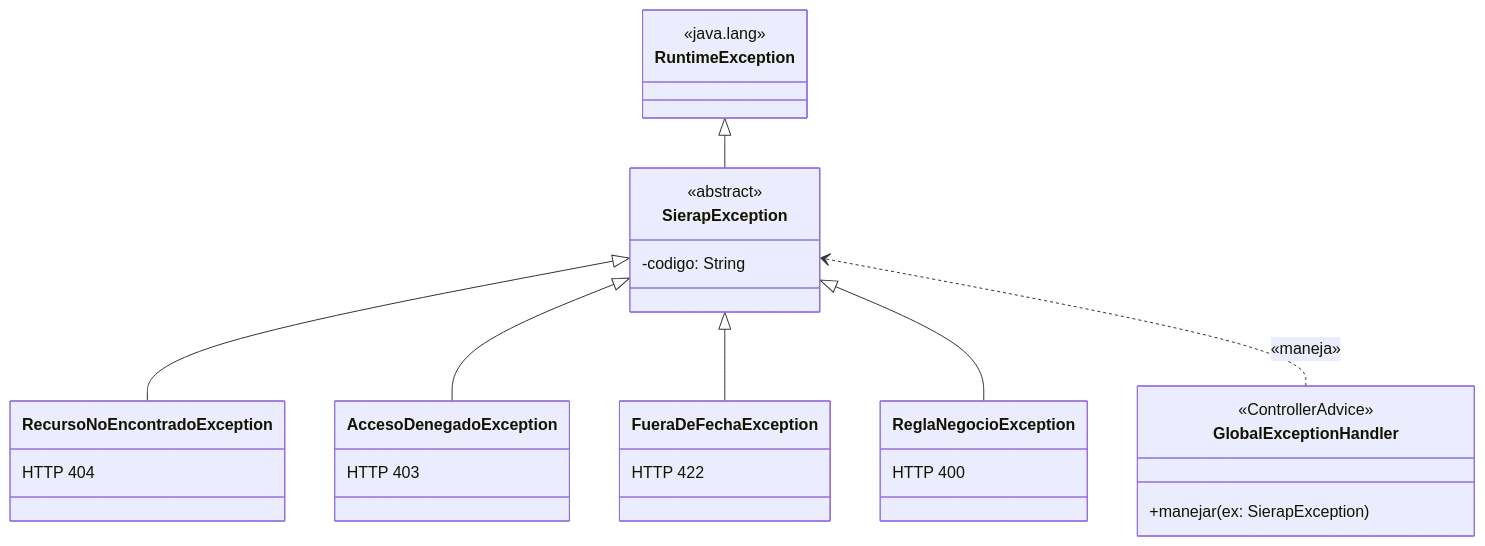
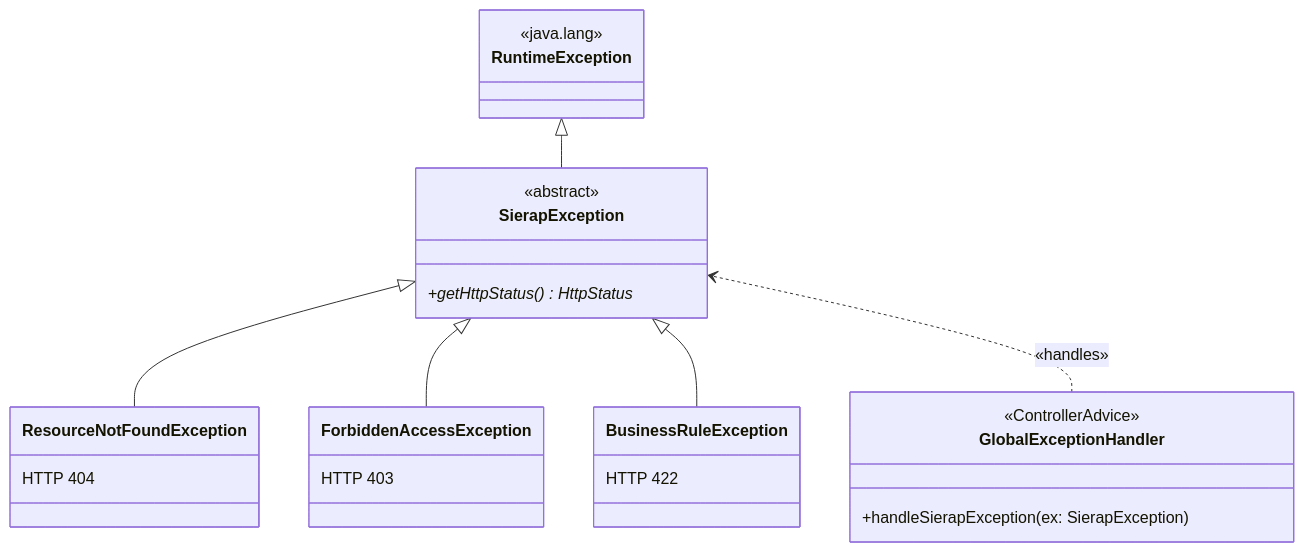
Before and after one commit to Oskarsito7/SIERAP: the third of 6 diagrams in docs/diagramas/diagrama_jerarquias.md, drawn with Mermaid. The commit also changed other lines of this file and 7 other files, not shown here.

````diff
--- a/docs/diagramas/diagrama_jerarquias.md
+++ b/docs/diagramas/diagrama_jerarquias.md
@@ -82,33 +84,29 @@
 ```mermaid
 classDiagram
 direction BT
 class RuntimeException {
   <<java.lang>>
 }
 class SierapException {
   <<abstract>>
-  -codigo: String
+  +getHttpStatus()* HttpStatus
 }
 class GlobalExceptionHandler {
   <<ControllerAdvice>>
-  +manejar(ex: SierapException)
+  +handleSierapException(ex: SierapException)
 }
-class RecursoNoEncontradoException {
+class ResourceNotFoundException {
   HTTP 404
 }
-class AccesoDenegadoException {
+class ForbiddenAccessException {
   HTTP 403
 }
-class FueraDeFechaException {
+class BusinessRuleException {
   HTTP 422
 }
-class ReglaNegocioException {
-  HTTP 400
-}
 SierapException --|> RuntimeException
-RecursoNoEncontradoException --|> SierapException
-AccesoDenegadoException --|> SierapException
-FueraDeFechaException --|> SierapException
-ReglaNegocioException --|> SierapException
-GlobalExceptionHandler ..> SierapException : «maneja»
+ResourceNotFoundException --|> SierapException
+ForbiddenAccessException --|> SierapException
+BusinessRuleException --|> SierapException
+GlobalExceptionHandler ..> SierapException : «handles»
 ```
````
